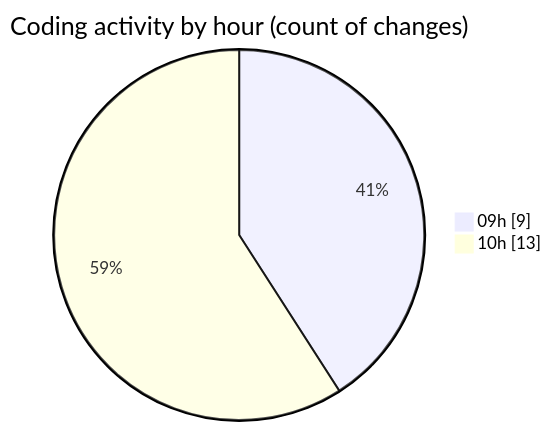
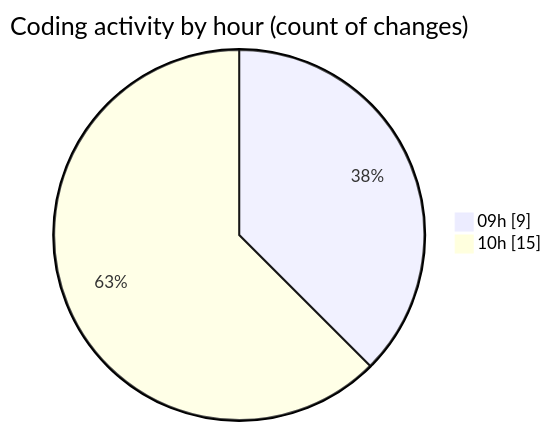
Before and after one commit to momahboobian/code-tracking: the second of 2 diagrams in 2025-03-24/cda/README.md, drawn with Mermaid. The commit also changed other lines of this file and 1 other file, not shown here.

````diff
--- a/2025-03-24/cda/README.md
+++ b/2025-03-24/cda/README.md
@@ -42,6 +42,6 @@
 ```mermaid
 pie showData
 title Coding activity by hour (count of changes)
 "09h" : 9
-"10h" : 13
+"10h" : 15
 ```
````
